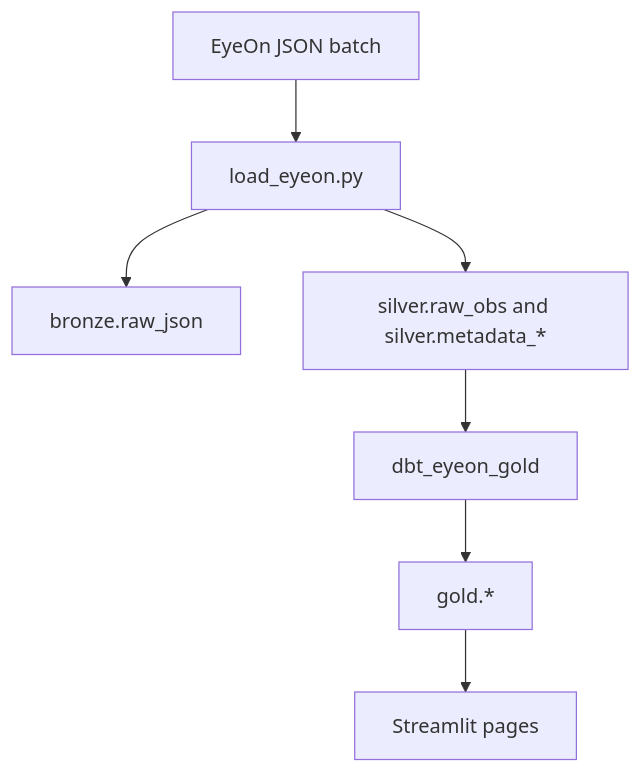
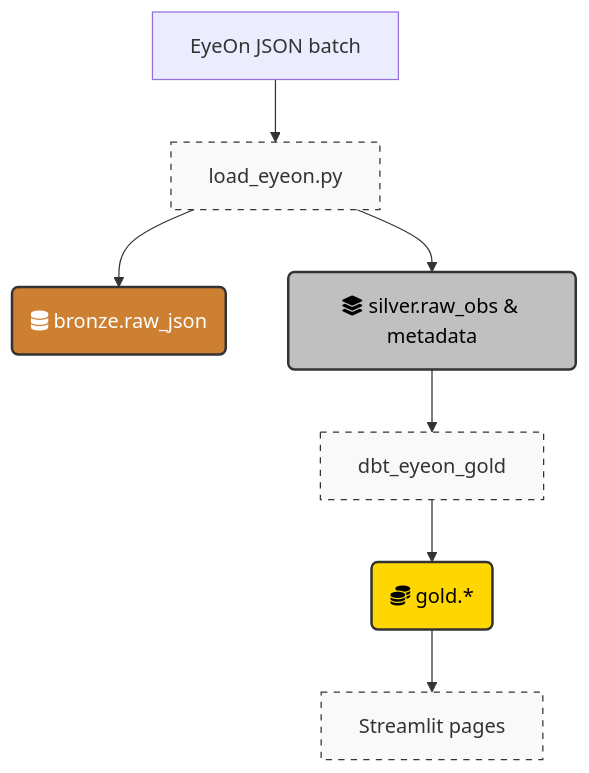
Before and after one commit to llnl/pEyeON-Analytics: the diagram in README.md, drawn with Mermaid.

Commit message:
Enhance diagram

````diff
--- a/README.md
+++ b/README.md
@@ -143,9 +143,27 @@
 ```mermaid
 flowchart TD
+    %% Node Definitions
     A["EyeOn JSON batch"] --> B[load_eyeon.py]
-    B --> C["bronze.raw_json"]
-    B --> D["silver.raw_obs and silver.metadata_*"]
+    B --> C
+    B --> D
     D --> E[dbt_eyeon_gold]
-    E --> F["gold.*"]
+    E --> F
     F --> G["Streamlit pages"]
+
+    %% Labels with Schema naming
+    C("fa:fa-database bronze.raw_json")
+    D("fa:fa-layer-group silver.raw_obs & metadata")
+    F("fa:fa-coins gold.*")
+
+    %% Style Classes
+    classDef bronze fill:#cd7f32,stroke:#333,stroke-width:2px,color:#fff
+    classDef silver fill:#c0c0c0,stroke:#333,stroke-width:2px,color:#000
+    classDef gold fill:#ffd700,stroke:#333,stroke-width:2px,color:#000
+    classDef tool fill:#f9f9f9,stroke:#333,stroke-dasharray: 5 5
+
+    %% Applying Classes
+    class C bronze
+    class D silver
+    class F gold
+    class B,E,G tool
 ```
````
